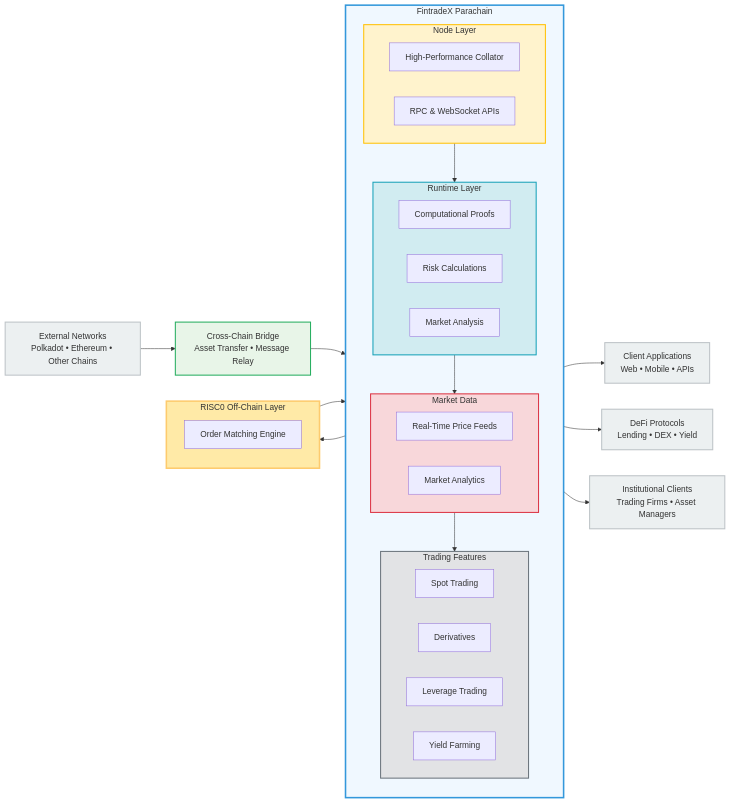
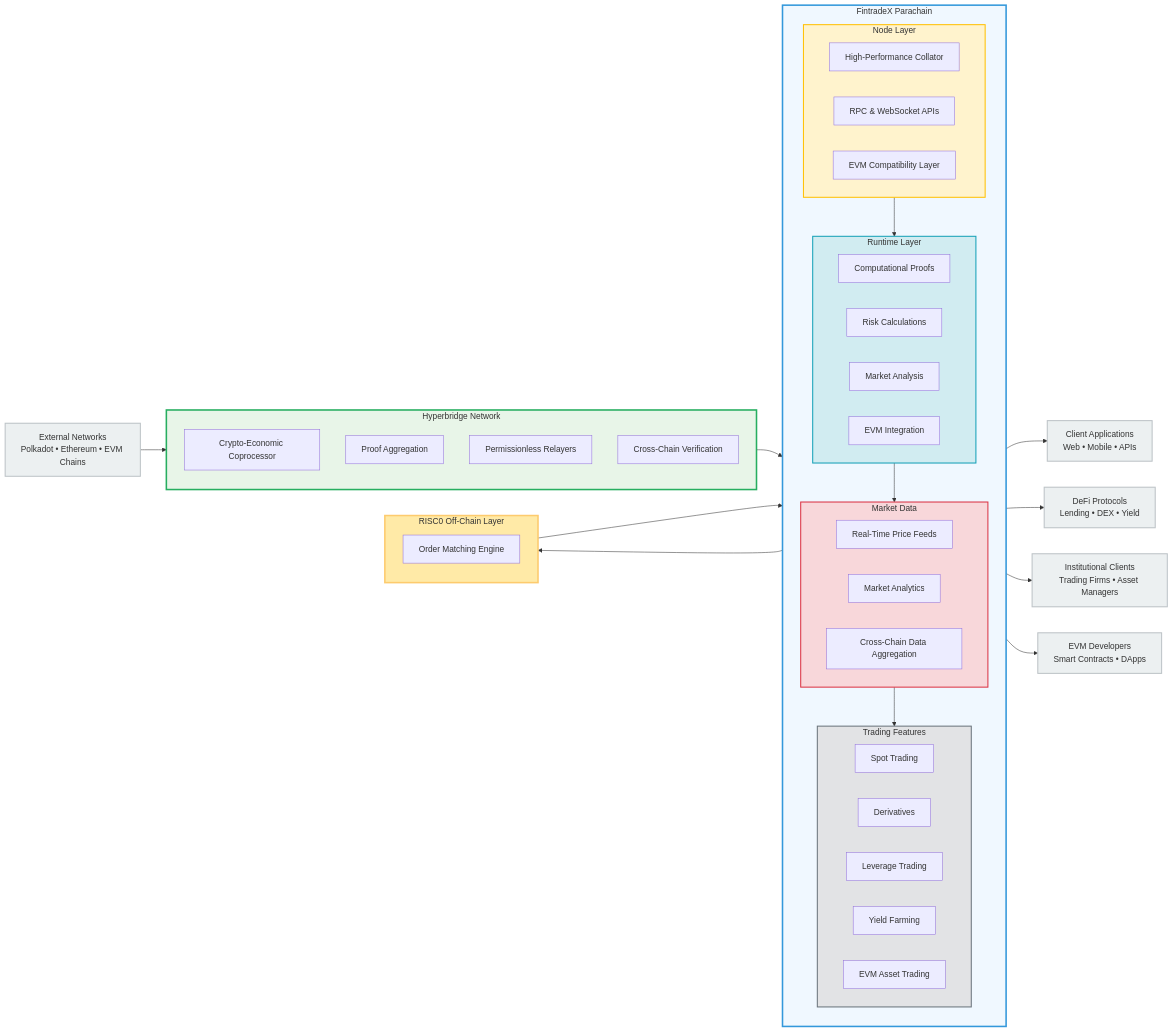
Before and after one commit to fintradev/fintradex: the diagram in README.md, drawn with Mermaid. The commit also changed other lines of this file and 1 other file, not shown here.

````diff
--- a/README.md
+++ b/README.md
@@ -29,27 +29,35 @@
 ```mermaid
 graph LR
-    %% External
-    EN[External Networks<br/>Polkadot • Ethereum • Other Chains]
+    %% External Networks
+    EN[External Networks<br/>Polkadot • Ethereum • EVM Chains]
     
-    %% Bridge
-    BR[Cross-Chain Bridge<br/>Asset Transfer • Message Relay]
+    %% Hyperbridge Integration
+    subgraph HB[Hyperbridge Network]
+        HB1[Crypto-Economic Coprocessor]
+        HB2[Proof Aggregation]
+        HB3[Permissionless Relayers]
+        HB4[Cross-Chain Verification]
+    end
     
     %% Main Platform
     subgraph FX[FintradeX Parachain]
         subgraph NL[Node Layer]
             N1[High-Performance Collator]
             N2[RPC & WebSocket APIs]
+            N3[EVM Compatibility Layer]
         end
         
         subgraph RL[Runtime Layer]
             R1[Trading Engine]
             R2[Order Book Management]
             R3[Governance & Staking]
+            R4[EVM Integration]
         end
         
         subgraph MD[Market Data]
             M1[Real-Time Price Feeds]
             M2[Market Analytics]
+            M3[Cross-Chain Data Aggregation]
         end
         
         subgraph SF[Trading Features]
@@ -57,6 +65,7 @@
             T2[Derivatives]
             T3[Leverage Trading]
             T4[Yield Farming]
+            T5[EVM Asset Trading]
         end
     end
     
@@ -72,15 +81,17 @@
     CA[Client Applications<br/>Web • Mobile • APIs]
     DF[DeFi Protocols<br/>Lending • DEX • Yield]
     IC[Institutional Clients<br/>Trading Firms • Asset Managers]
+    EVM[EVM Developers<br/>Smart Contracts • DApps]
     
     %% Connections
-    EN --> BR
-    BR --> FX
+    EN --> HB
+    HB --> FX
     FX --> RISC
     RISC --> FX
     FX --> CA
     FX --> DF
     FX --> IC
+    FX --> EVM
     
     %% Internal Flow
     NL --> RL
@@ -89,7 +100,7 @@
     
     %% Styling
     classDef external fill:#ecf0f1,stroke:#bdc3c7,stroke-width:2px
-    classDef bridge fill:#e8f5e8,stroke:#27ae60,stroke-width:2px
+    classDef hyperbridge fill:#e8f5e8,stroke:#27ae60,stroke-width:3px
     classDef platform fill:#f0f8ff,stroke:#3498db,stroke-width:3px
     classDef risc0 fill:#ffeaa7,stroke:#fdcb6e,stroke-width:3px
     classDef nodeLayer fill:#fff3cd,stroke:#ffc107,stroke-width:2px
@@ -98,8 +109,8 @@
     classDef tradingFeatures fill:#e2e3e5,stroke:#6c757d,stroke-width:2px
     classDef clients fill:#f8f9fa,stroke:#6c757d,stroke-width:2px
     
-    class EN,CA,DF,IC external
-    class BR bridge
+    class EN,CA,DF,IC,EVM external
+    class HB hyperbridge
     class FX platform
     class RISC risc0
     class NL nodeLayer
````
